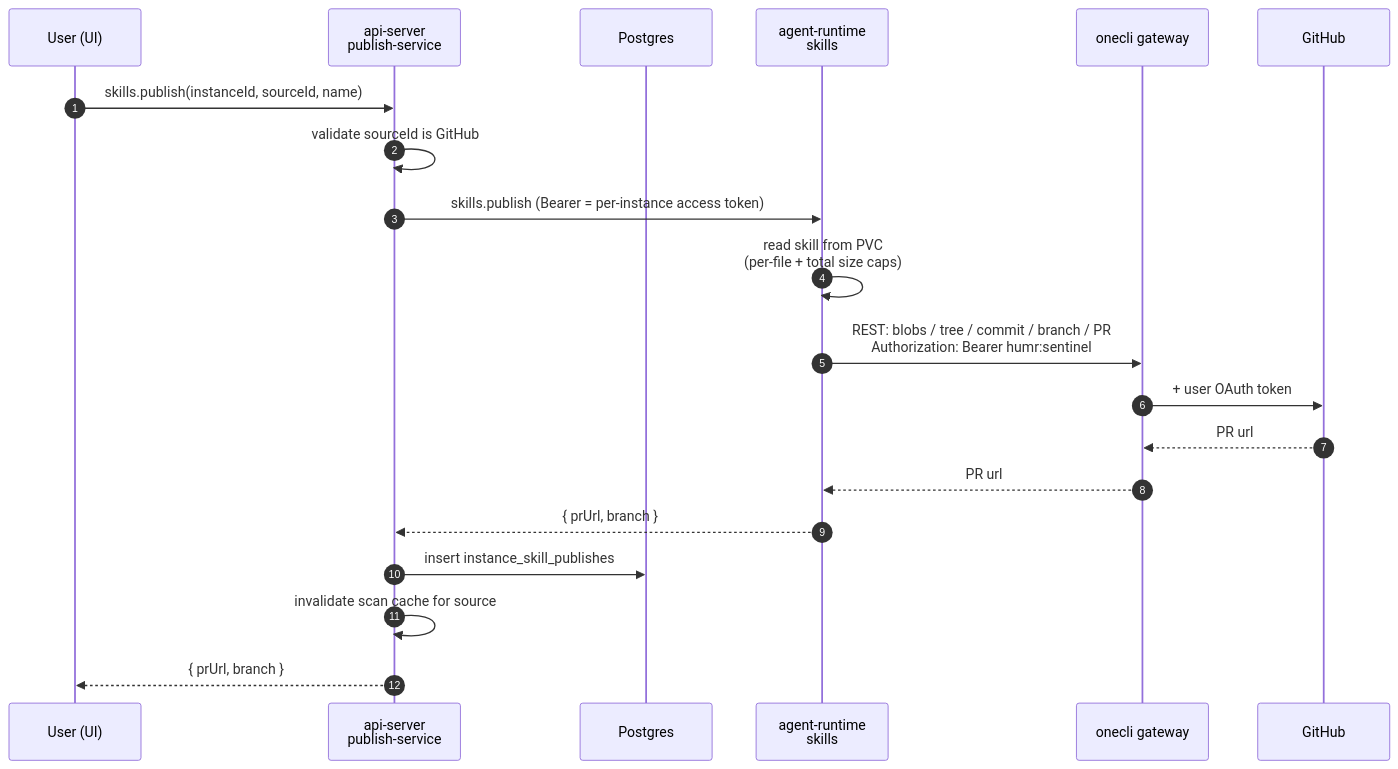
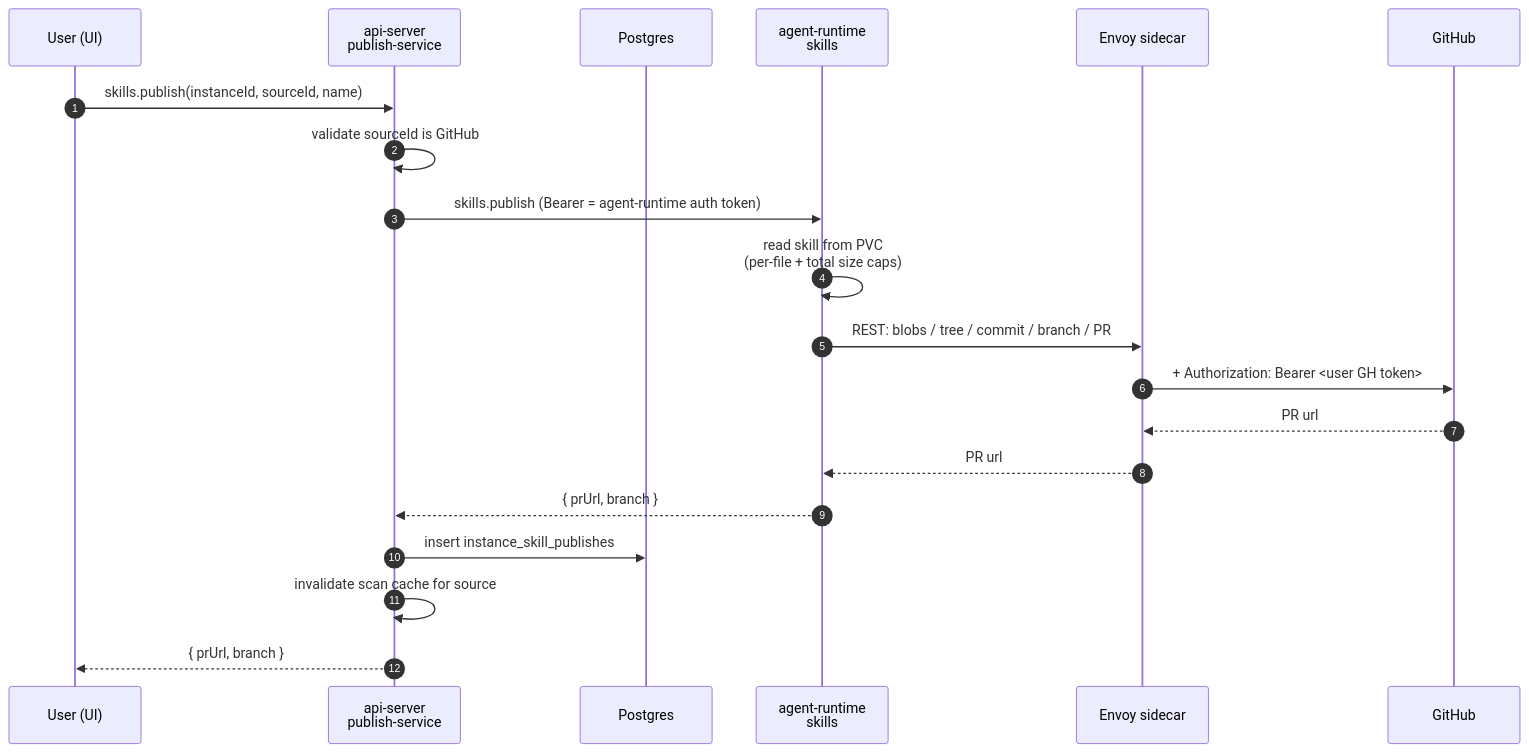
The third of 3 diagrams in docs/architecture/skills.md (subbyte/dam), drawn with Mermaid before and after one commit. The commit also changed other lines of this file and 105 other files, not shown here.

````diff
--- a/docs/architecture/skills.md
+++ b/docs/architecture/skills.md
@@ -171,23 +172,23 @@
 ```mermaid
 sequenceDiagram
   autonumber
   participant U as User (UI)
   participant API as api-server<br/>publish-service
   participant DB as Postgres
   participant RT as agent-runtime<br/>skills
-  participant ONE as onecli gateway
+  participant ENV as Envoy sidecar
   participant GH as GitHub
 
   U->>API: skills.publish(instanceId, sourceId, name)
   API->>API: validate sourceId is GitHub
-  API->>RT: skills.publish (Bearer = per-instance access token)
+  API->>RT: skills.publish (Bearer = agent-runtime auth token)
   RT->>RT: read skill from PVC<br/>(per-file + total size caps)
-  RT->>ONE: REST: blobs / tree / commit / branch / PR<br/>Authorization: Bearer humr:sentinel
-  ONE->>GH: + user OAuth token
-  GH-->>ONE: PR url
-  ONE-->>RT: PR url
+  RT->>ENV: REST: blobs / tree / commit / branch / PR
+  ENV->>GH: + Authorization: Bearer <user GH token>
+  GH-->>ENV: PR url
+  ENV-->>RT: PR url
   RT-->>API: { prUrl, branch }
   API->>DB: insert instance_skill_publishes
   API->>API: invalidate scan cache for source
   API-->>U: { prUrl, branch }
 ```
````
